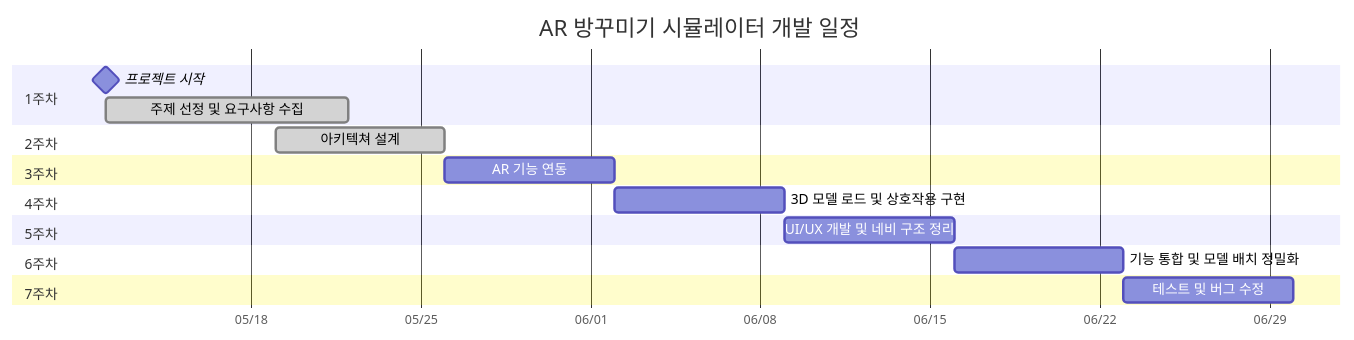
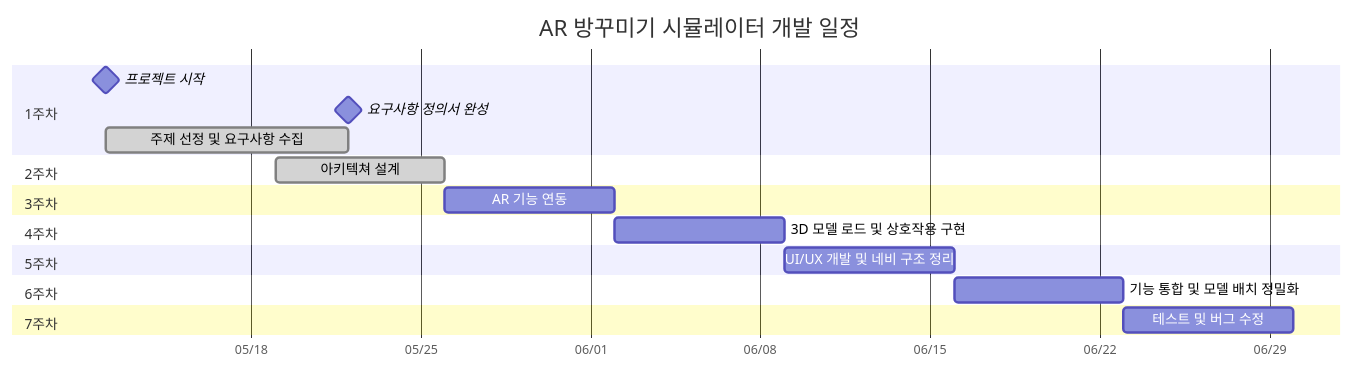
Before and after one commit to YOUHEETAE/flutter: the diagram in 프로젝트 계획서V2.1.md, drawn with Mermaid.

Commit message:
Update 프로젝트 계획서V2.1.md

````diff
--- a/프로젝트 계획서V2.1.md
+++ b/프로젝트 계획서V2.1.md
@@ -43,21 +43,22 @@
 ```mermaid
 gantt
     title AR 방꾸미기 시뮬레이터 개발 일정
     dateFormat  YYYY-MM-DD
     axisFormat  %m/%d
     section 1주차
     프로젝트 시작            :milestone, 2025-05-12, 0d
+    요구사항 정의서 완성            :milestone, 2025-05-22, 0d
     주제 선정 및 요구사항 수집          :done, a1, 2025-05-12, 10d
     section 2주차
     아키텍쳐 설계 :done, a2, 2025-05-19 , 7d
     section 3주차
     AR 기능 연동                    :a3, after a2, 7d
     section 4주차
     3D 모델 로드 및 상호작용 구현       :a4, after a3, 7d
     section 5주차
     UI/UX 개발 및 네비 구조 정리   :a5, after a4, 7d
     section 6주차
     기능 통합 및 모델 배치 정밀화       :a6, after a5, 7d
     section 7주차
     테스트 및 버그 수정               :a7, after a6, 7d
 ```
````
